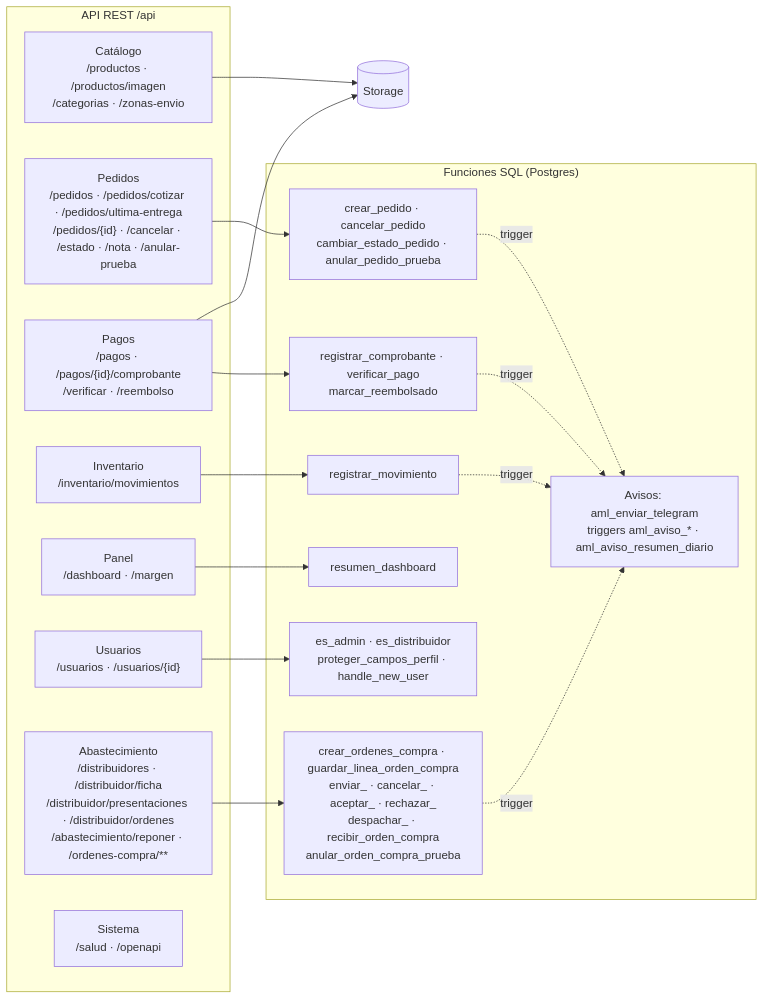
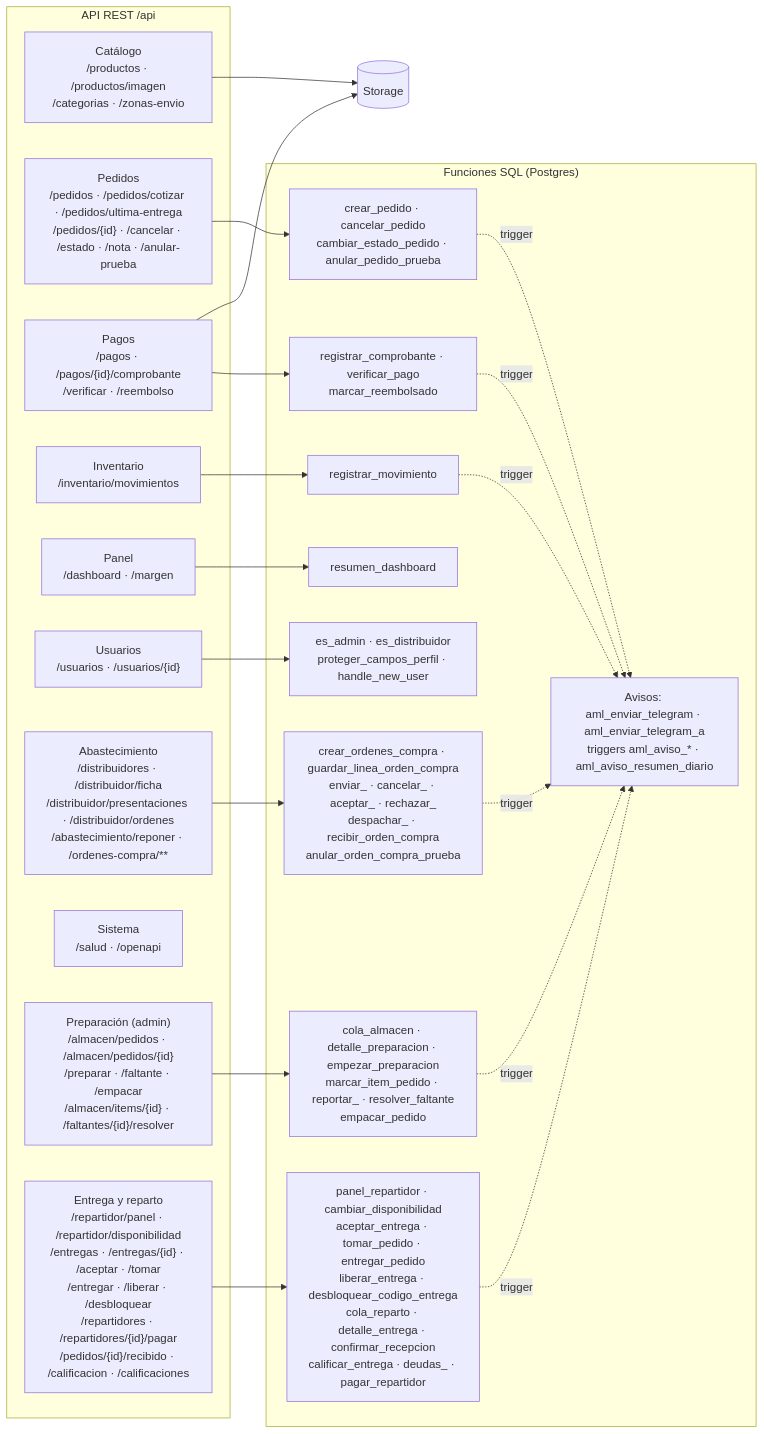
The third of 3 diagrams in docs/uml/componentes.md (Almartinezlima/AML-AgroTech), drawn with Mermaid before and after one commit. The commit also changed other lines of this file and 25 other files, not shown here.

````diff
--- a/docs/uml/componentes.md
+++ b/docs/uml/componentes.md
@@ -102,35 +108,43 @@
 ```mermaid
 flowchart LR
   subgraph API["API REST /api"]
     R1["Catálogo<br/>/productos · /productos/imagen<br/>/categorias · /zonas-envio"]
     R2["Pedidos<br/>/pedidos · /pedidos/cotizar · /pedidos/ultima-entrega<br/>/pedidos/{id} · /cancelar · /estado · /nota · /anular-prueba"]
     R3["Pagos<br/>/pagos · /pagos/{id}/comprobante<br/>/verificar · /reembolso"]
     R4["Inventario<br/>/inventario/movimientos"]
     R5["Panel<br/>/dashboard · /margen"]
     R6["Usuarios<br/>/usuarios · /usuarios/{id}"]
     R7["Abastecimiento<br/>/distribuidores · /distribuidor/ficha<br/>/distribuidor/presentaciones · /distribuidor/ordenes<br/>/abastecimiento/reponer · /ordenes-compra/**"]
     R8["Sistema<br/>/salud · /openapi"]
+    R9["Preparación (admin)<br/>/almacen/pedidos · /almacen/pedidos/{id}<br/>/preparar · /faltante · /empacar<br/>/almacen/items/{id} · /faltantes/{id}/resolver"]
+    R10["Entrega y reparto<br/>/repartidor/panel · /repartidor/disponibilidad<br/>/entregas · /entregas/{id} · /aceptar · /tomar<br/>/entregar · /liberar · /desbloquear<br/>/repartidores · /repartidores/{id}/pagar<br/>/pedidos/{id}/recibido · /calificacion · /calificaciones"]
   end
   subgraph SQL["Funciones SQL (Postgres)"]
     F1["crear_pedido · cancelar_pedido<br/>cambiar_estado_pedido · anular_pedido_prueba"]
     F2["registrar_comprobante · verificar_pago<br/>marcar_reembolsado"]
     F3["registrar_movimiento"]
     F4["resumen_dashboard"]
     F5["crear_ordenes_compra · guardar_linea_orden_compra<br/>enviar_ · cancelar_ · aceptar_ · rechazar_<br/>despachar_ · recibir_orden_compra<br/>anular_orden_compra_prueba"]
     F6["es_admin · es_distribuidor<br/>proteger_campos_perfil · handle_new_user"]
-    F7["Avisos: aml_enviar_telegram<br/>triggers aml_aviso_* · aml_aviso_resumen_diario"]
+    F7["Avisos: aml_enviar_telegram · aml_enviar_telegram_a<br/>triggers aml_aviso_* · aml_aviso_resumen_diario"]
+    F8["cola_almacen · detalle_preparacion · empezar_preparacion<br/>marcar_item_pedido · reportar_ · resolver_faltante<br/>empacar_pedido"]
+    F9["panel_repartidor · cambiar_disponibilidad<br/>aceptar_entrega · tomar_pedido · entregar_pedido<br/>liberar_entrega · desbloquear_codigo_entrega<br/>cola_reparto · detalle_entrega · confirmar_recepcion<br/>calificar_entrega · deudas_ · pagar_repartidor"]
   end
   STO[("Storage")]
   R2 --> F1
   R3 --> F2
   R3 --> STO
   R1 --> STO
   R4 --> F3
   R5 --> F4
   R7 --> F5
   R6 --> F6
   F1 -. trigger .-> F7
   F2 -. trigger .-> F7
   F3 -. trigger .-> F7
   F5 -. trigger .-> F7
+  R9 --> F8
+  R10 --> F9
+  F8 -. trigger .-> F7
+  F9 -. trigger .-> F7
 ```
````
